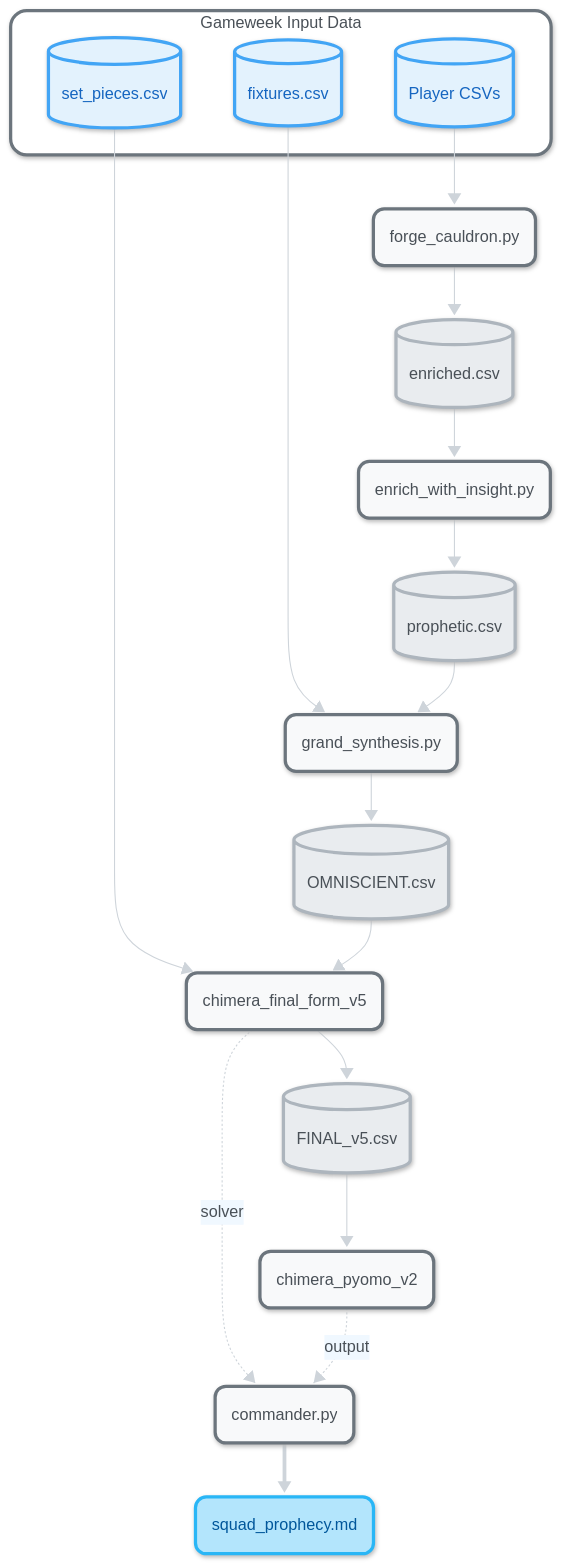
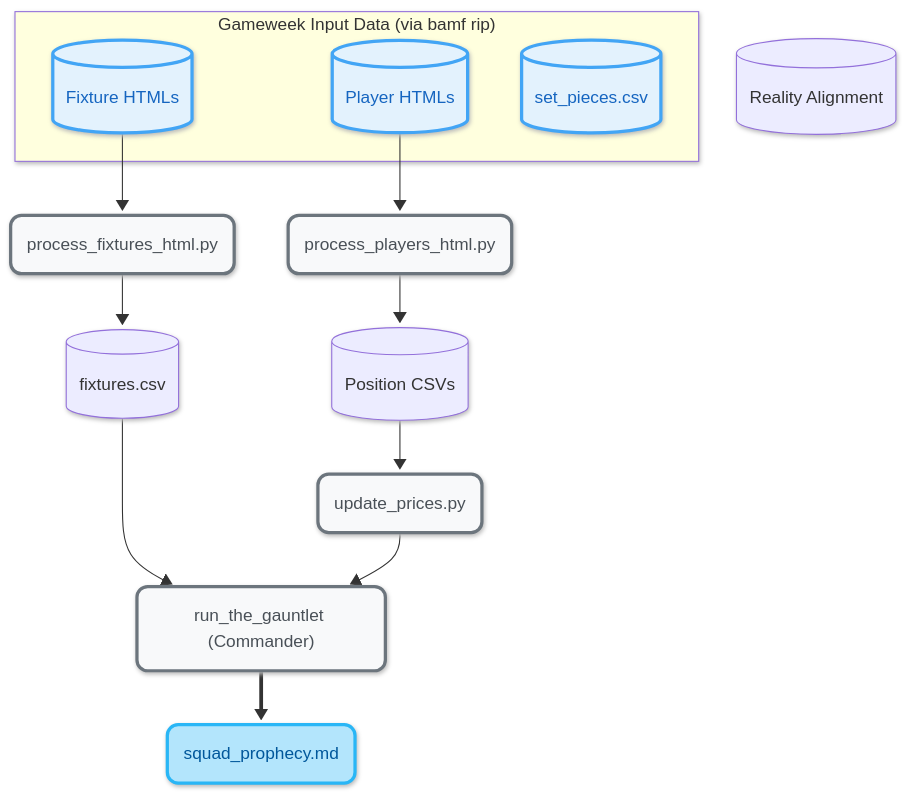
One commit to ianchanning/fpl-dominator changed the diagram in README.md. Above: the diagram before and after it, drawn with Mermaid. The commit also changed other lines of this file and 3 other files, not shown here.

````diff
--- a/README.md
+++ b/README.md
@@ -99,61 +72,41 @@
 ```mermaid
 ---
 config:
   look: neo
 ---
-%%{init: {'theme':'base', 'themeVariables': { 'primaryColor':'#fafbfc','primaryTextColor':'#6c757d','primaryBorderColor':'#dee2e6','lineColor':'#ced4da','secondaryColor':'#f0f8ff','tertiaryColor':'#f8f9fa','background':'#ffffff','mainBkg':'#fafbfc','secondBkg':'#f0f8ff','tertiaryBkg':'#f8f9fa','primaryTextColor':'#495057','fontSize':'15px','fontFamily':'system-ui, -apple-system, sans-serif'}}}%%
 graph TD
-    subgraph inputs["Gameweek Input Data"]
-        A1[("Player CSVs")]
-        A2[("fixtures.csv")]
+    subgraph inputs["Gameweek Input Data (via bamf rip)"]
+        A1[("Player HTMLs")]
+        A2[("Fixture HTMLs")]
         A3[("set_pieces.csv")]
     end
 
-    B1("forge_cauldron.py")
-    C1[("enriched.csv")]
+    B1("process_players_html.py")
+    C1[("Position CSVs")]
 
-    B2("enrich_with_insight.py")
-    C2[("prophetic.csv")]
+    B2("process_fixtures_html.py")
+    C2[("fixtures.csv")]
 
-    B3("grand_synthesis.py")
-    C3[("OMNISCIENT.csv")]
+    B3("update_prices.py")
+    C3[("Reality Alignment")]
 
-    B4("chimera_final_form_v5")
-    C4[("FINAL_v5.csv")]
-
-    B5("chimera_pyomo_v2")
-
-    E1("commander.py")
+    B4("run_the_gauntlet (Commander)")
     F1("squad_prophecy.md")
 
     A1 --> B1
     B1 --> C1
-    C1 --> B2
+    A2 --> B2
     B2 --> C2
-
-    A2 --> B3
-    C2 --> B3
-    B3 --> C3
-
-    A3 --> B4
-    C3 --> B4
-    B4 --> C4
-    B4 -. solver .-> E1
-
-    C4 --> B5
-    B5 -. output .-> E1
-
-    E1 ==> F1
+    C1 --> B3
+    C2 --> B4
+    B3 --> B4
+    B4 ==> F1
 
     classDef inputStyle fill:#e3f2fd,stroke:#42a5f5,stroke-width:3px,color:#1565c0,rx:10,ry:10
     classDef processStyle fill:#f8f9fa,stroke:#6c757d,stroke-width:3px,color:#495057,rx:10,ry:10
-    classDef dataStyle fill:#e9ecef,stroke:#adb5bd,stroke-width:3px,color:#495057,rx:10,ry:10
     classDef outputStyle fill:#b3e5fc,stroke:#29b6f6,stroke-width:3px,color:#01579b,rx:10,ry:10
 
     class A1,A2,A3 inputStyle
-    class B1,B2,B3,B4,B5,E1 processStyle
-    class C1,C2,C3,C4 dataStyle
+    class B1,B2,B3,B4 processStyle
     class F1 outputStyle
-
-    style inputs fill:#ffffff,stroke:#6c757d,stroke-width:3px,color:#495057,rx:15,ry:15
 ```
````
